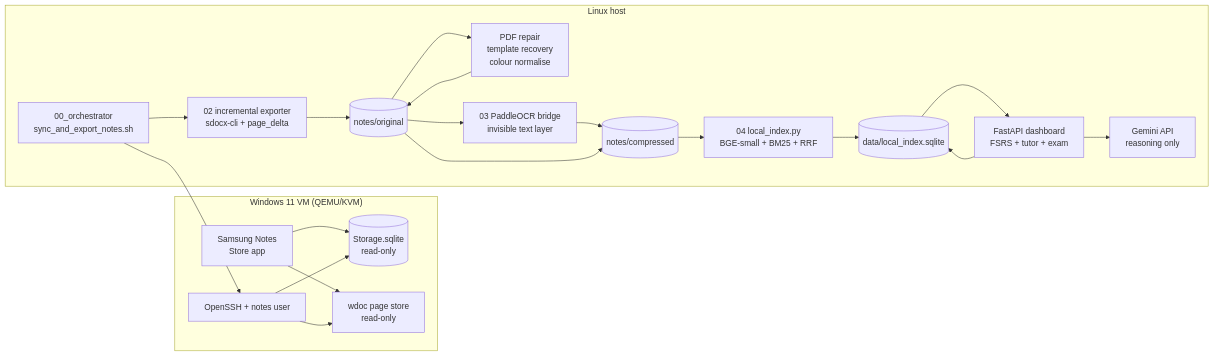
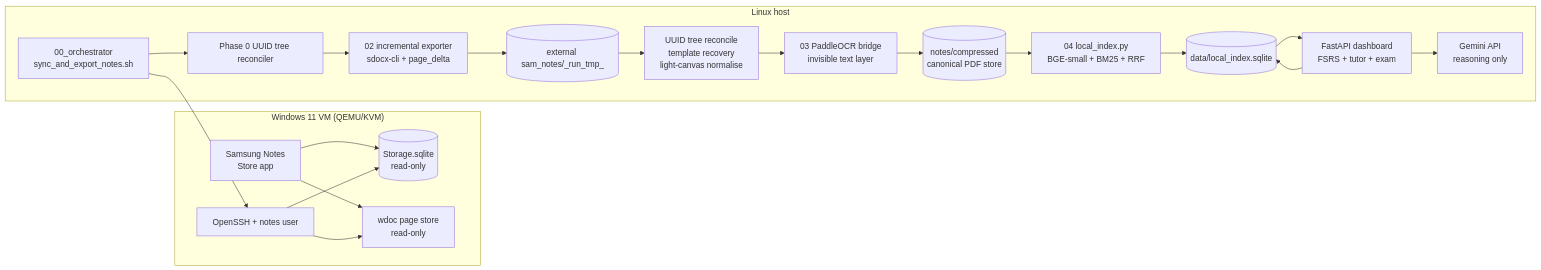
One commit to krishnakumarbhat/samsung_notes changed the diagram in docs/ARCHITECTURE.md. Above: the diagram before and after it, drawn with Mermaid. The commit also changed other lines of this file and 155 other files, not shown here.

````diff
--- a/docs/ARCHITECTURE.md
+++ b/docs/ARCHITECTURE.md
@@ -7,40 +7,40 @@
 ```mermaid
 flowchart LR
     subgraph Guest["Windows 11 VM (QEMU/KVM)"]
         SN[Samsung Notes<br/>Store app]
         DB[(Storage.sqlite<br/>read-only)]
         WDOC[wdoc page store<br/>read-only]
         SSH[OpenSSH + notes user]
     end
 
     subgraph Host["Linux host"]
         SYNC[00_orchestrator<br/>sync_and_export_notes.sh]
+        REC[Phase 0 UUID tree reconciler]
         EXP[02 incremental exporter<br/>sdocx-cli + page_delta]
-        PDF[(notes/original)]
-        REP[PDF repair<br/>template recovery<br/>colour normalise]
+        STAGE[(external sam_notes/_run_tmp_<pid>)]
+        REP[UUID tree reconcile<br/>template recovery<br/>light-canvas normalise]
         OCR[03 PaddleOCR bridge<br/>invisible text layer]
-        CMP[(notes/compressed)]
+        CMP[(notes/compressed<br/>canonical PDF store)]
         IDX[04 local_index.py<br/>BGE-small + BM25 + RRF]
         SQL[(data/local_index.sqlite)]
         APP[FastAPI dashboard<br/>FSRS + tutor + exam]
         GEM[Gemini API<br/>reasoning only]
     end
 
     SN --> DB
     SN --> WDOC
     SSH --> DB
     SSH --> WDOC
     SYNC --> SSH
-    SYNC --> EXP
-    EXP --> PDF
-    PDF --> REP
-    REP --> PDF
-    PDF --> OCR
+    SYNC --> REC
+    REC --> EXP
+    EXP --> STAGE
+    STAGE --> REP
+    REP --> OCR
     OCR --> CMP
-    PDF --> CMP
     CMP --> IDX
     IDX --> SQL
     SQL --> APP
     APP --> GEM
     APP --> SQL
 ```
````
